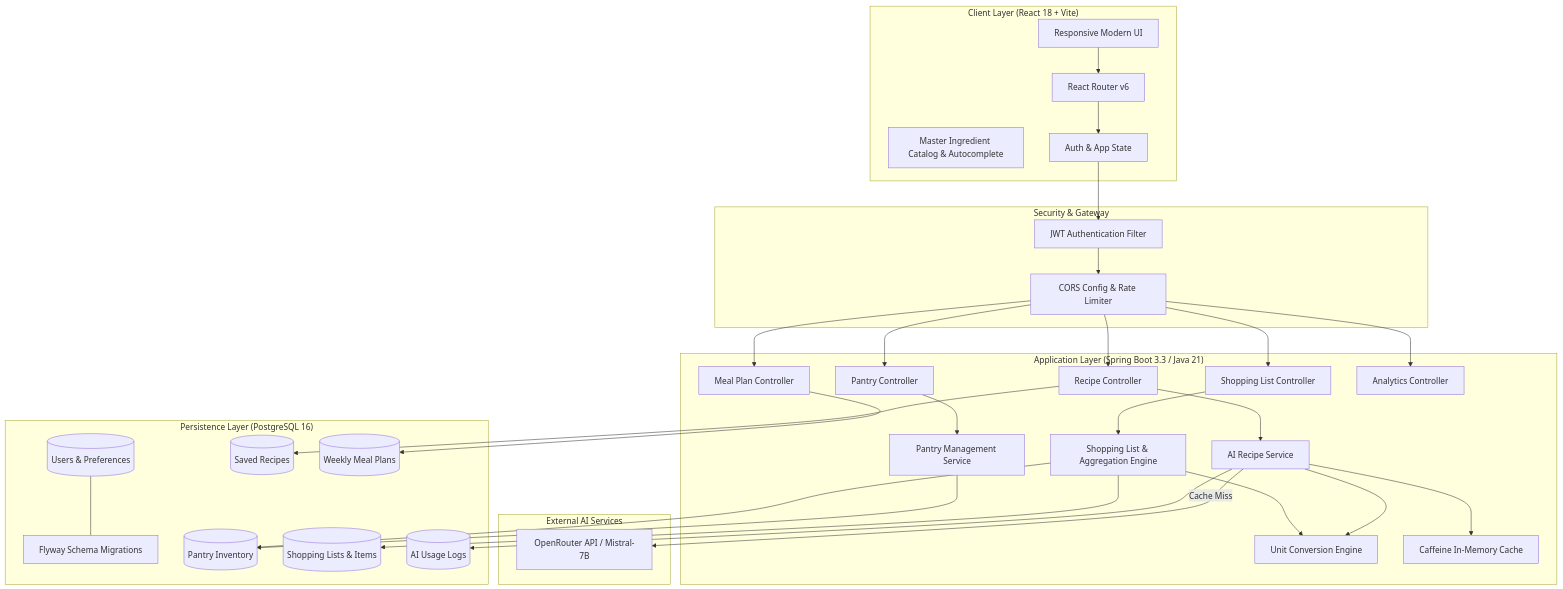
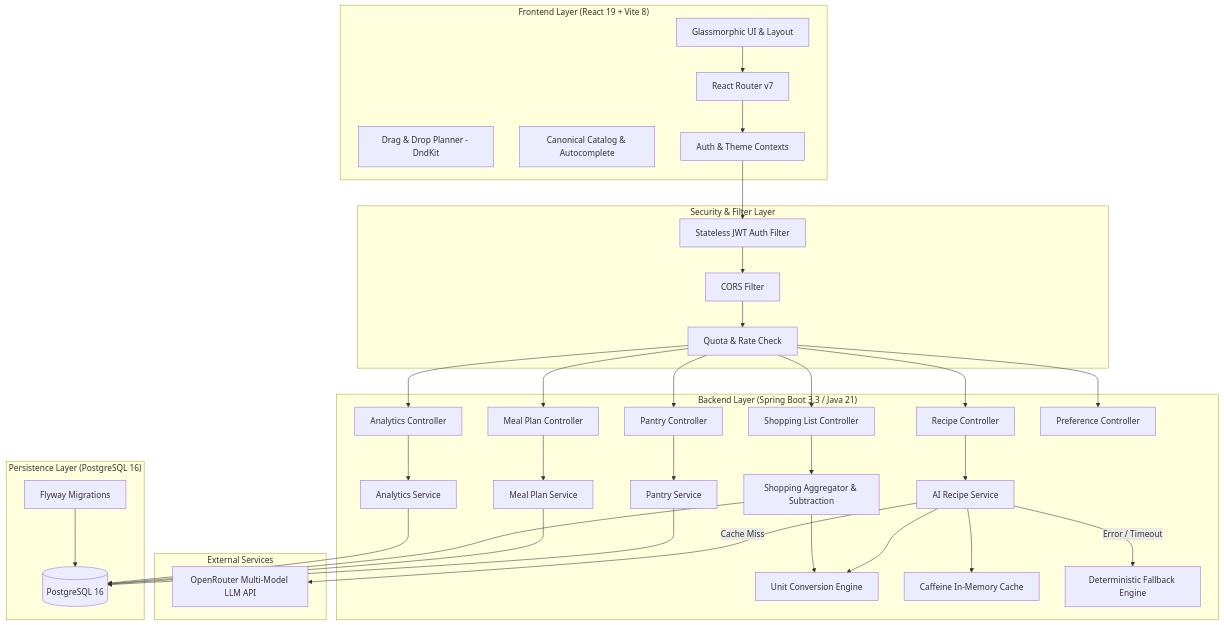
The first of 2 diagrams in README.md (jayeshahir09/MealCraft), drawn with Mermaid before and after one commit. The commit also changed other lines of this file and 1 other file, not shown here.

````diff
--- a/README.md
+++ b/README.md
@@ -17,63 +75,63 @@
 ```mermaid
 flowchart TB
-    subgraph Client ["Client Layer (React 18 + Vite)"]
-        UI[Responsive Modern UI]
-        Router[React Router v6]
-        CatalogUI[Master Ingredient Catalog & Autocomplete]
-        State[Auth & App State]
+    subgraph Client ["Frontend Layer (React 19 + Vite 8)"]
+        UI[Glassmorphic UI & Layout]
+        Router[React Router v7]
+        DnD[Drag & Drop Planner - DndKit]
+        Catalog[Canonical Catalog & Autocomplete]
+        State[Auth & Theme Contexts]
     end
 
-    subgraph Security ["Security & Gateway"]
-        JWT[JWT Authentication Filter]
-        CORS[CORS Config & Rate Limiter]
+    subgraph Gateway ["Security & Filter Layer"]
+        CORS[CORS Filter]
+        JWT[Stateless JWT Auth Filter]
+        RateLimit[Quota & Rate Check]
     end
 
-    subgraph Backend ["Application Layer (Spring Boot 3.3 / Java 21)"]
+    subgraph Backend ["Backend Layer (Spring Boot 3.3 / Java 21)"]
         RC[Recipe Controller]
         PC[Pantry Controller]
         MC[Meal Plan Controller]
         SC[Shopping List Controller]
         AC[Analytics Controller]
+        PrC[Preference Controller]
 
         AIService[AI Recipe Service]
         UnitConv[Unit Conversion Engine]
-        ShoppingService[Shopping List & Aggregation Engine]
-        PantryService[Pantry Management Service]
+        ShoppingService[Shopping Aggregator & Subtraction]
+        PantryService[Pantry Service]
+        MealPlanService[Meal Plan Service]
+        AnalyticsService[Analytics Service]
 
         Cache[Caffeine In-Memory Cache]
+        FallbackGen[Deterministic Fallback Engine]
     end
 
-    subgraph External ["External AI Services"]
-        LLM[OpenRouter API / Mistral-7B]
+    subgraph External ["External Services"]
+        OpenRouter[OpenRouter Multi-Model LLM API]
     end
 
     subgraph Data ["Persistence Layer (PostgreSQL 16)"]
-        Flyway[Flyway Schema Migrations]
-        Users[(Users & Preferences)]
-        Pantry[(Pantry Inventory)]
-        Recipes[(Saved Recipes)]
-        MealPlans[(Weekly Meal Plans)]
-        ShoppingLists[(Shopping Lists & Items)]
-        AIUsage[(AI Usage Logs)]
+        Flyway[Flyway Migrations]
+        DB[(PostgreSQL 16)]
     end
 
     UI --> Router --> State
-    State --> JWT --> CORS
-    CORS --> RC & PC & MC & SC & AC
+    State --> JWT --> CORS --> RateLimit
+    RateLimit --> RC & PC & MC & SC & AC & PrC
 
     RC --> AIService
     AIService --> Cache
-    AIService -- Cache Miss --> LLM
+    AIService -- Cache Miss --> OpenRouter
+    AIService -- Error / Timeout --> FallbackGen
     AIService --> UnitConv
 
-    PC --> PantryService --> Pantry
+    PC --> PantryService --> DB
+    MC --> MealPlanService --> DB
     SC --> ShoppingService
     ShoppingService --> UnitConv
-    ShoppingService --> Pantry
-    ShoppingService --> ShoppingLists
+    ShoppingService --> DB
+    AC --> AnalyticsService --> DB
 
-    AIService --> AIUsage
-    MC --> MealPlans
-    RC --> Recipes
-    Users --- Flyway
+    Flyway --> DB
 ```
````
